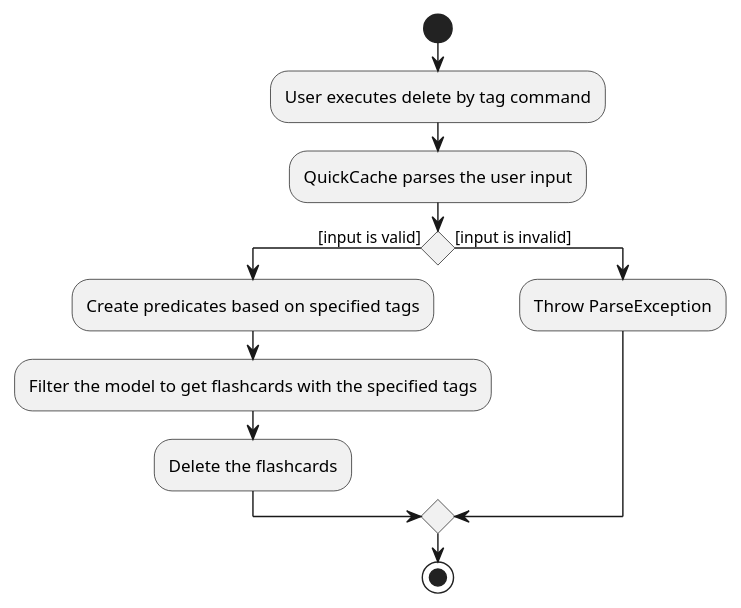
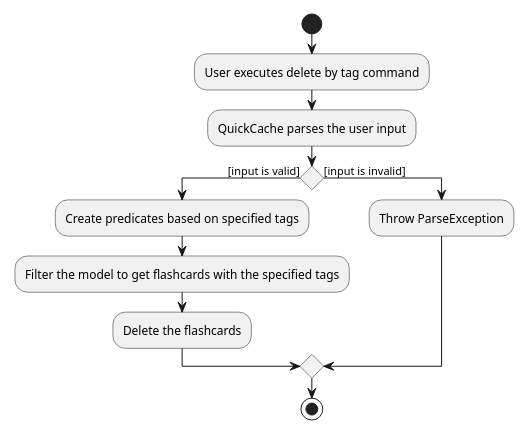
Before and after one commit to nus-cs2103-AY2021S1/tp: the diagram in docs/diagrams/DeleteByTagActivityDiagram.puml, drawn with PlantUML. The commit also changed 3 other files, not shown here.

Commit message:
Reduce activity diagram size

```diff
--- a/docs/diagrams/DeleteByTagActivityDiagram.puml
+++ b/docs/diagrams/DeleteByTagActivityDiagram.puml
@@ -1,15 +1,17 @@
 @startuml
+scale max 300 height
+
 start
 
 :User executes delete by tag command;
 :QuickCache parses the user input;
 if () then ([input is valid])
     :Create predicates based on specified tags;
     :Filter the model to get flashcards with the specified tags;
     :Delete the flashcards;
 else ([input is invalid])
     :Throw ParseException;
 endif
 
 stop
 @enduml
```
